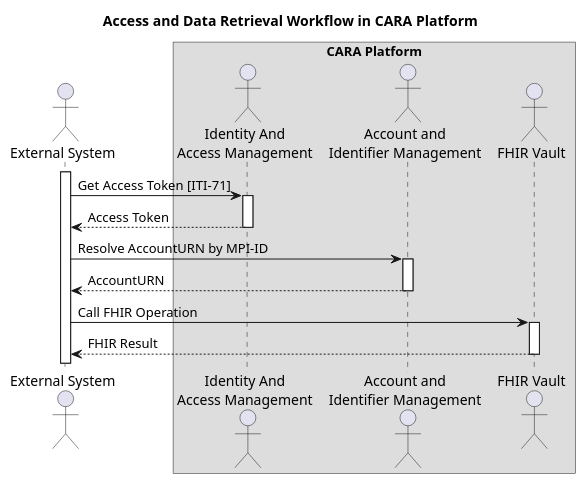
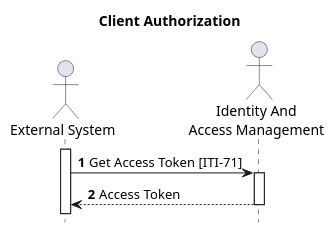
Before and after one commit to caraowt/Implementation-Guide-of-FHIR-profiles-for-CARA: the first of 3 diagrams in input/images/sequence.puml, drawn with PlantUML. The commit also changed other lines of this file and 6 other files, not shown here.

Commit message:
feat: add details about Account URN Resolution and FHIR Operations

```diff
--- a/input/images/sequence.puml
+++ b/input/images/sequence.puml
@@ -1,27 +1,16 @@
 @startuml
-title Access and Data Retrieval Workflow in CARA Platform
+title Client Authorization
+hide unlinked
+hide footbox
+autonumber
 
 actor extsys as "External System"
-box CARA Platform
-    actor iam as "Identity And\nAccess Management"
-    actor aim as "Account and\nIdentifier Management"
-    actor fhirvault as "FHIR Vault"
-end box
+actor iam as "Identity And\nAccess Management"
 
 activate extsys
 
 extsys -> iam : Get Access Token [ITI-71]
 activate iam
 extsys <-- iam : Access Token
 deactivate iam
-
-extsys -> aim : Resolve AccountURN by MPI-ID
-activate aim
-extsys <-- aim : AccountURN
-deactivate aim
-
-extsys -> fhirvault : Call FHIR Operation
-activate fhirvault
-extsys <-- fhirvault : FHIR Result
-deactivate fhirvault
 @enduml
```
